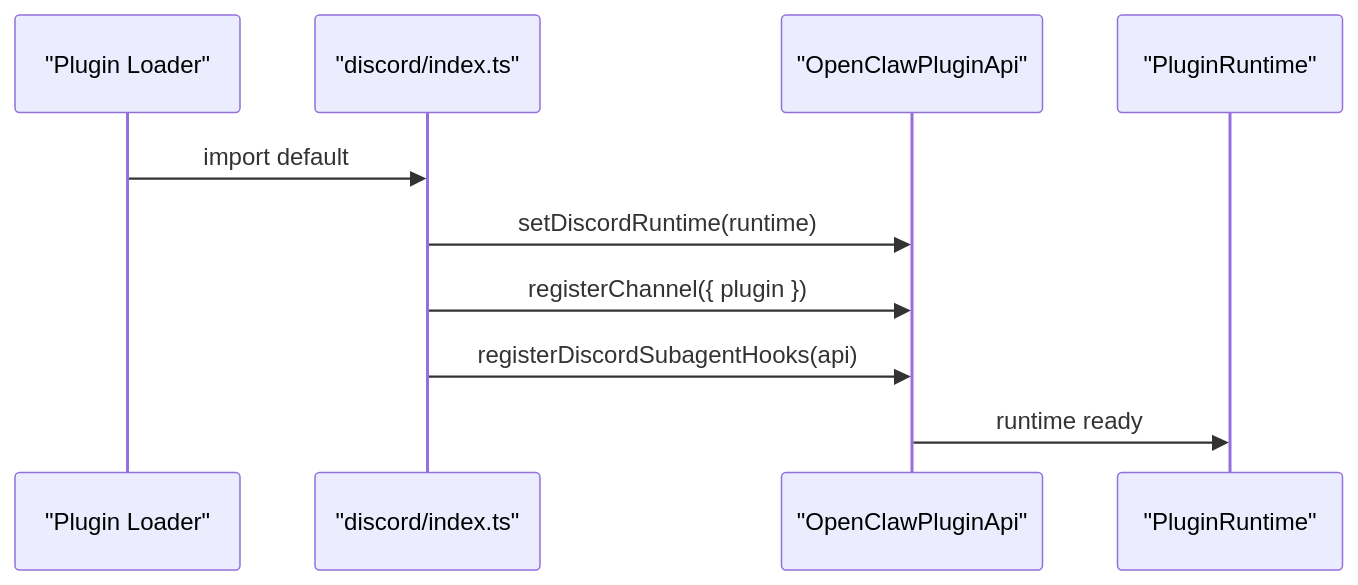
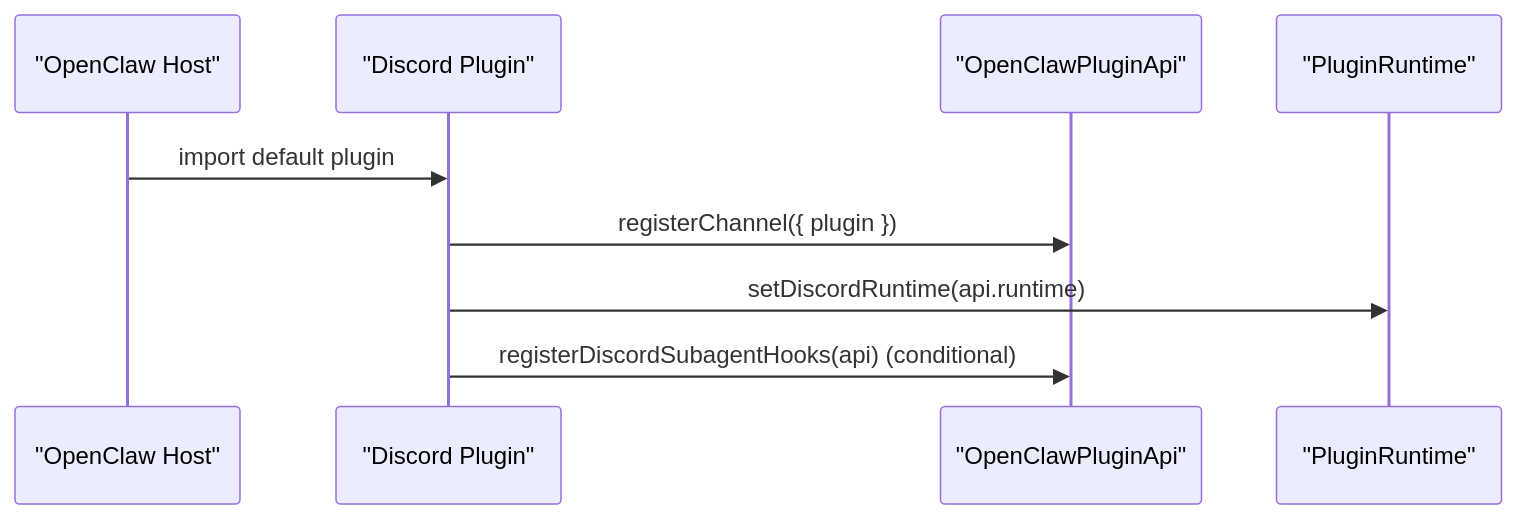
Before and after one commit to botx-work/OpenClaw-Internals: the eighth of 9 diagrams in repowiki/en/content/API Reference/Plugin SDK.md, drawn with Mermaid. The commit also changed other lines of this file and 332 other files, not shown here.

````diff
--- a/repowiki/en/content/API Reference/Plugin SDK.md
+++ b/repowiki/en/content/API Reference/Plugin SDK.md
@@ -385,12 +413,11 @@
 ```mermaid
 sequenceDiagram
-participant Loader as "Plugin Loader"
-participant Plugin as "discord/index.ts"
+participant Host as "OpenClaw Host"
+participant DiscordPlugin as "Discord Plugin"
 participant API as "OpenClawPluginApi"
 participant RT as "PluginRuntime"
-Loader->>Plugin : import default
-Plugin->>API : setDiscordRuntime(runtime)
-Plugin->>API : registerChannel({ plugin })
-Plugin->>API : registerDiscordSubagentHooks(api)
-API->>RT : runtime ready
+Host->>DiscordPlugin : import default plugin
+DiscordPlugin->>API : registerChannel({ plugin })
+DiscordPlugin->>RT : setDiscordRuntime(api.runtime)
+DiscordPlugin->>API : registerDiscordSubagentHooks(api) (conditional)
 ```
````
